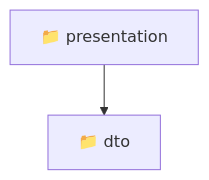
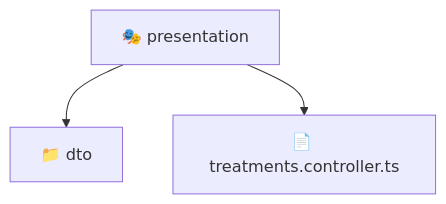
Before and after one commit to beginwebdev2002/fullstack-mavluda: the diagram in backend/src/modules/treatments/presentation/README.md, drawn with Mermaid. The commit also changed other lines of this file and 165 other files, not shown here.

First line of the commit message:
docs: generate localized architectural READMEs

````diff
--- a/backend/src/modules/treatments/presentation/README.md
+++ b/backend/src/modules/treatments/presentation/README.md
@@ -10,5 +9,6 @@
 ```mermaid
 graph TD
-  Root["📁 presentation"]
-  Root --> dto["📁 dto"]
+  presentation["🎭 presentation"]
+  presentation --> dto["📁 dto"]
+  presentation --> treatments_controller_ts["📄 treatments.controller.ts"]
 ```
````
